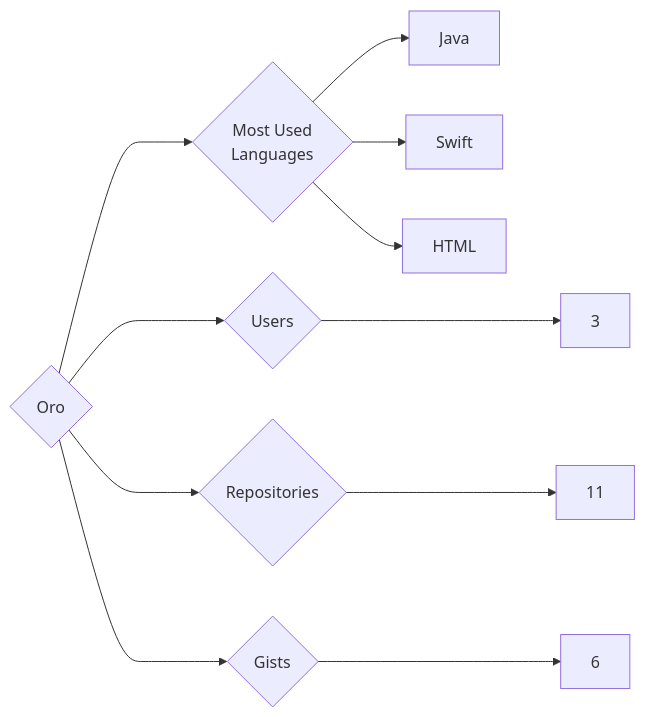
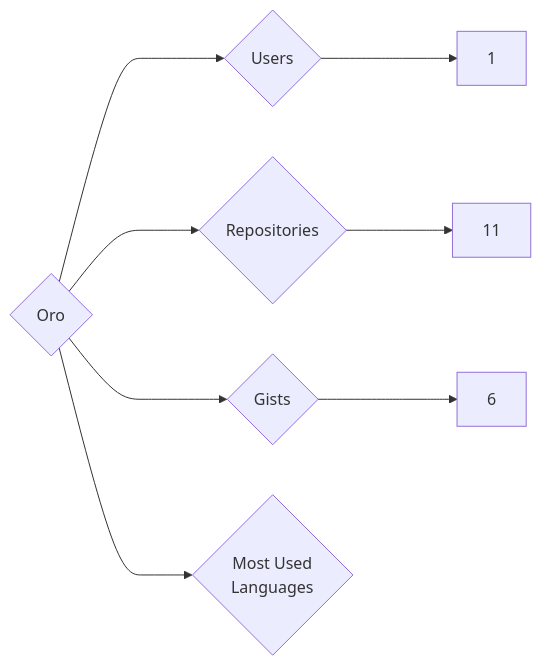
Before and after one commit to trickest/insiders: the diagram in targets/Oro/README.md, drawn with Mermaid. The commit also changed 1389 other files, not shown here.

````diff
--- a/targets/Oro/README.md
+++ b/targets/Oro/README.md
@@ -3,11 +3,8 @@
 ```mermaid
 graph LR
 COMPANY_NAME{Oro}
-COMPANY_NAME ---> U{Users} ---> UN[3]
+COMPANY_NAME ---> U{Users} ---> UN[1]
 COMPANY_NAME ---> R{Repositories} ---> RN[11]
 COMPANY_NAME ---> G{Gists} ---> GN[6]
 COMPANY_NAME ---> ML{Most Used<br>Languages}
-ML --> Java[Java]
-ML --> Swift[Swift]
-ML --> HTML[HTML]
 ```
````
